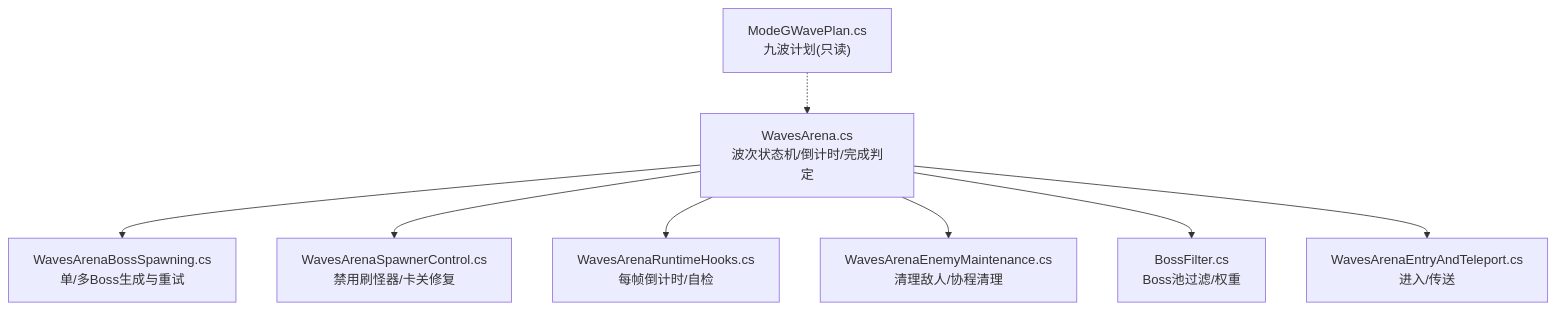
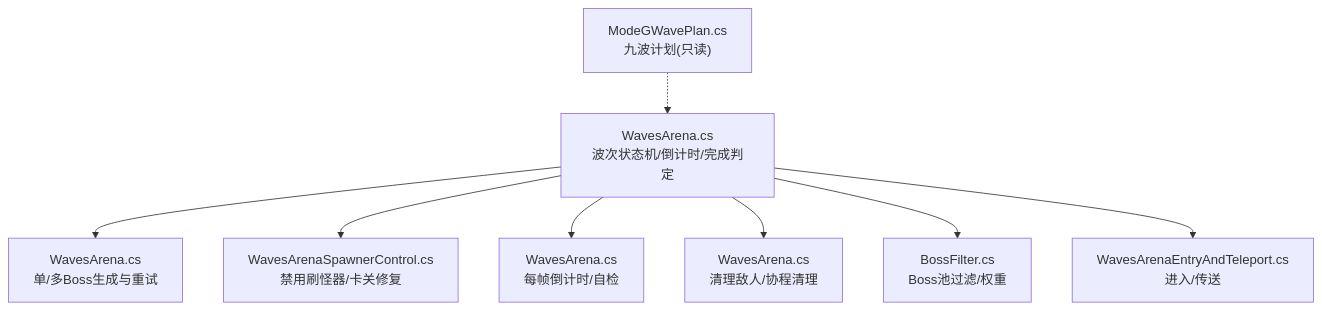
One commit to GASEN1216/BossRushMod changed the first of 9 diagrams in .qoder/repowiki/zh/content/游戏模式系统/标准 BossRush 模式/波次管理系统/波次管理系统.md. Above: the diagram before and after it, drawn with Mermaid. The commit also changed other lines of this file and 124 other files, not shown here.

````diff
--- a/.qoder/repowiki/zh/content/游戏模式系统/标准 BossRush 模式/波次管理系统/波次管理系统.md
+++ b/.qoder/repowiki/zh/content/游戏模式系统/标准 BossRush 模式/波次管理系统/波次管理系统.md
@@ -47,10 +47,10 @@
 ```mermaid
 graph TB
-A["WavesArena.cs<br/>波次状态机/倒计时/完成判定"] --> B["WavesArenaBossSpawning.cs<br/>单/多Boss生成与重试"]
+A["WavesArena.cs<br/>波次状态机/倒计时/完成判定"] --> B["WavesArena.cs<br/>单/多Boss生成与重试"]
 A --> C["WavesArenaSpawnerControl.cs<br/>禁用刷怪器/卡关修复"]
-A --> D["WavesArenaRuntimeHooks.cs<br/>每帧倒计时/自检"]
-A --> E["WavesArenaEnemyMaintenance.cs<br/>清理敌人/协程清理"]
+A --> D["WavesArena.cs<br/>每帧倒计时/自检"]
+A --> E["WavesArena.cs<br/>清理敌人/协程清理"]
 A --> F["BossFilter.cs<br/>Boss池过滤/权重"]
 A --> G["WavesArenaEntryAndTeleport.cs<br/>进入/传送"]
 H["ModeGWavePlan.cs<br/>九波计划(只读)"] -.-> A
 ```
````
